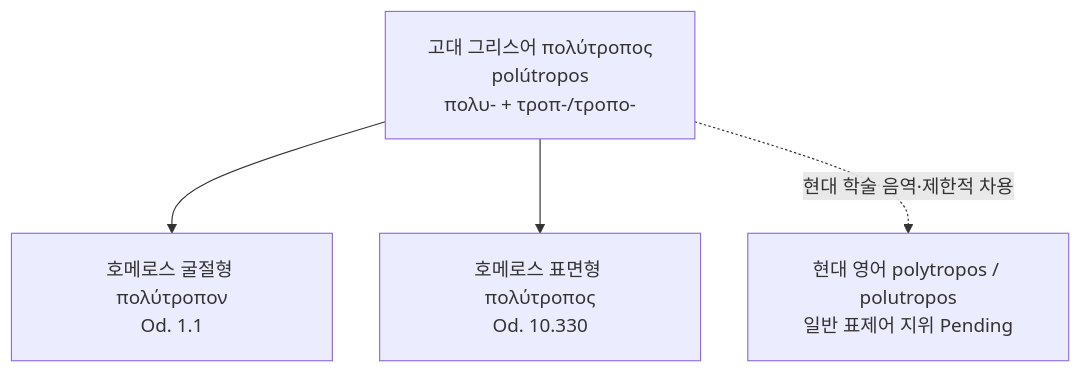
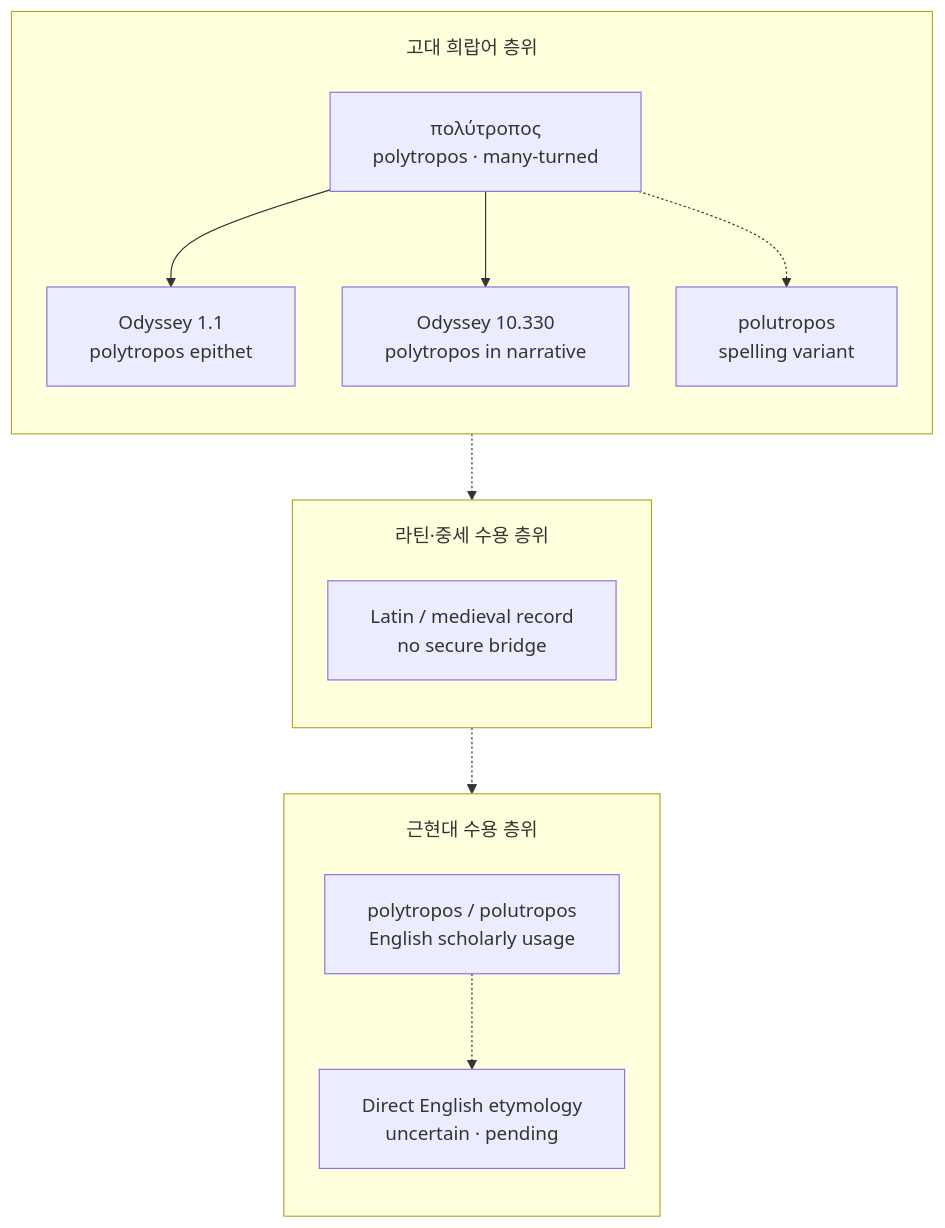
The diagram in words/word-polytropos.md (YgHnSIM/Homer_wiki), drawn with Mermaid before and after one commit.

Commit message:
refactor(word-polytropos): Type C etymology Mermaid

````diff
--- a/words/word-polytropos.md
+++ b/words/word-polytropos.md
@@ -37,7 +37,26 @@
 ```mermaid
 %%{init: {'flowchart': {'useMaxWidth': true, 'nodeSpacing': 40, 'rankSpacing': 56, 'padding': 18, 'subGraphTitleMargin': {'top': 18, 'bottom': 10}}}}%%
 flowchart TD
-    GRK["고대 그리스어 πολύτροπος<br/>polútropos<br/>πολυ- + τροπ-/τροπο-"] --> H1["호메로스 굴절형 πολύτροπον<br/>Od. 1.1"]
-    GRK --> H2["호메로스 표면형 πολύτροπος<br/>Od. 10.330"]
-    GRK -. "현대 학술 음역·제한적 차용" .-> ENG["현대 영어 polytropos / polutropos<br/>일반 표제어 지위 Pending"]
+    subgraph Greek_Stage ["고대 희랍어 층위"]
+        direction TB
+        GRK["πολύτροπος<br/>polytropos · many-turned"]:::focus
+        H1["Odyssey 1.1<br/>polytropos epithet"]:::greek
+        H2["Odyssey 10.330<br/>polytropos in narrative"]:::greek
+        VAR["polutropos<br/>spelling variant"]:::variant
+        GRK --> H1
+        GRK --> H2
+        GRK -.-> VAR
+    end
+    subgraph Latin_Stage ["라틴·중세 수용 층위"]
+        direction TB
+        LAT["Latin / medieval record<br/>no secure bridge"]:::note
+    end
+    subgraph Modern_Stage ["근현대 수용 층위"]
+        direction TB
+        ENG["polytropos / polutropos<br/>English scholarly usage"]:::english
+        PENDING["Direct English etymology<br/>uncertain · pending"]:::note
+    end
+    GRK -.-> LAT
+    LAT -.-> ENG
+    ENG -.-> PENDING
 ```
````
